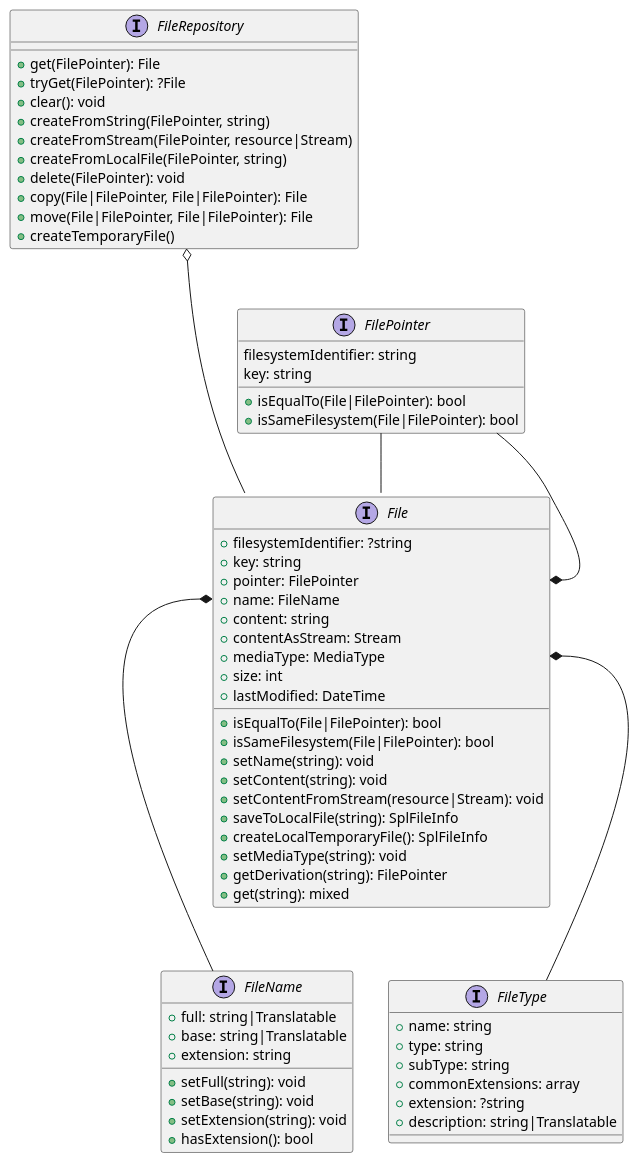
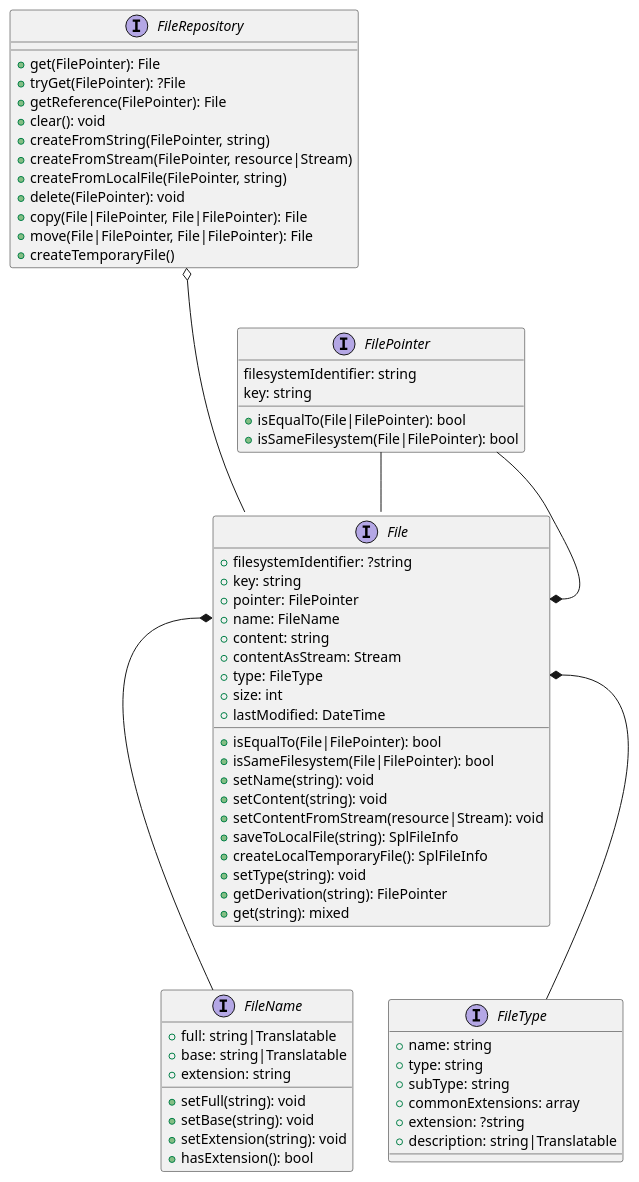
One commit to rekalogika/rekalogika.dev changed the diagram in diagrams/file.wsd. Above: the diagram before and after it, drawn with PlantUML. The commit also changed 5 other files, not shown here.

```diff
--- a/diagrams/file.wsd
+++ b/diagrams/file.wsd
@@ -1,69 +1,70 @@
 @startuml file
 interface FileRepository {
     +get(FilePointer): File
     +tryGet(FilePointer): ?File
+    +getReference(FilePointer): File
     +clear(): void
     +createFromString(FilePointer, string)
     +createFromStream(FilePointer, resource|Stream)
     +createFromLocalFile(FilePointer, string)
     +delete(FilePointer): void
     +copy(File|FilePointer, File|FilePointer): File
     +move(File|FilePointer, File|FilePointer): File
     +createTemporaryFile()
 }
 
 interface FilePointer {
     filesystemIdentifier: string
     key: string
     +isEqualTo(File|FilePointer): bool
     +isSameFilesystem(File|FilePointer): bool
 }
 
 FileRepository o--- File
 FilePointer --* File::pointer
 FilePointer -- File
 
 interface File {
     +filesystemIdentifier: ?string
     +key: string
     +pointer: FilePointer
     +isEqualTo(File|FilePointer): bool
     +isSameFilesystem(File|FilePointer): bool
     +name: FileName
     +setName(string): void
     +setContent(string): void
     +setContentFromStream(resource|Stream): void
     +content: string
     +contentAsStream: Stream
     +saveToLocalFile(string): SplFileInfo
     +createLocalTemporaryFile(): SplFileInfo
-    +mediaType: MediaType
-    +setMediaType(string): void
+    +type: FileType
+    +setType(string): void
     +size: int
     +lastModified: DateTime
     +getDerivation(string): FilePointer
     +get(string): mixed
 }
 
 File::name *-- FileName
-File::mediaType *-- FileType
+File::type *-- FileType
 
 interface FileName {
     +full: string|Translatable
     +setFull(string): void
     +base: string|Translatable
     +setBase(string): void
     +extension: string
     +setExtension(string): void
     +hasExtension(): bool
 }
 
 interface FileType {
     +name: string
     +type: string
     +subType: string
     +commonExtensions: array
     +extension: ?string
     +description: string|Translatable
 }
 @enduml
```
